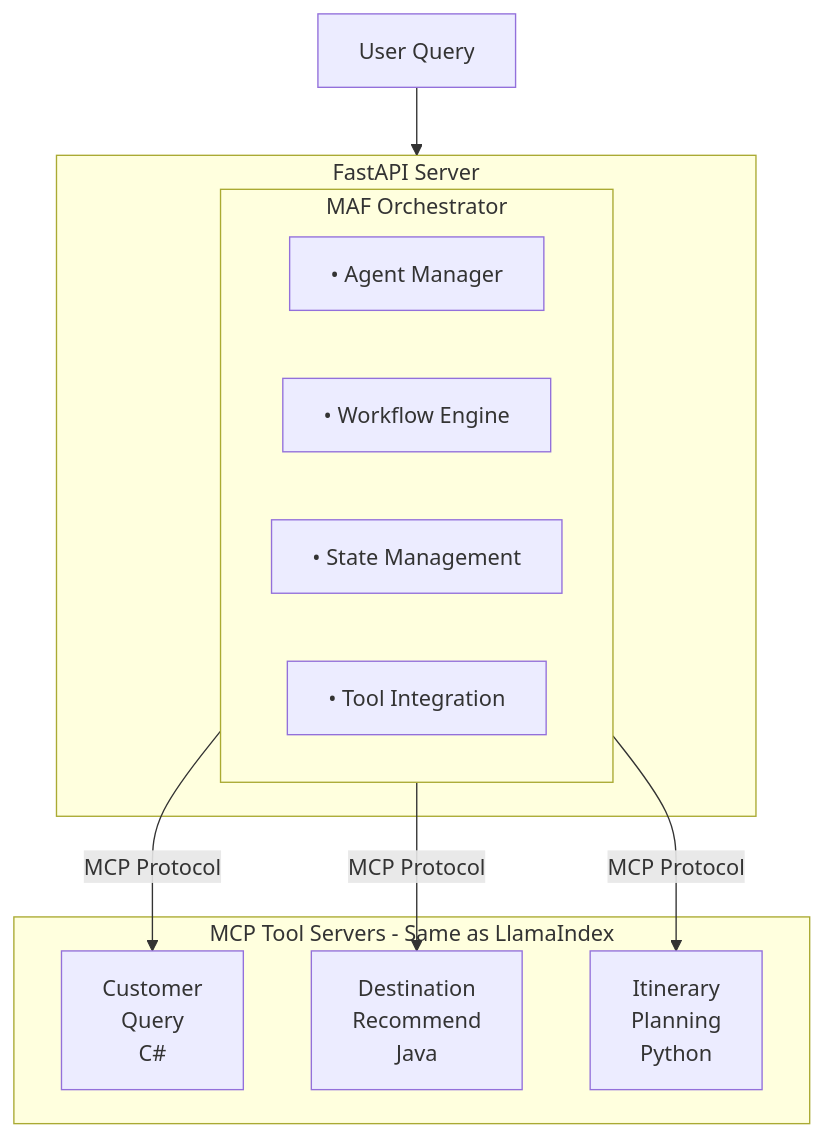
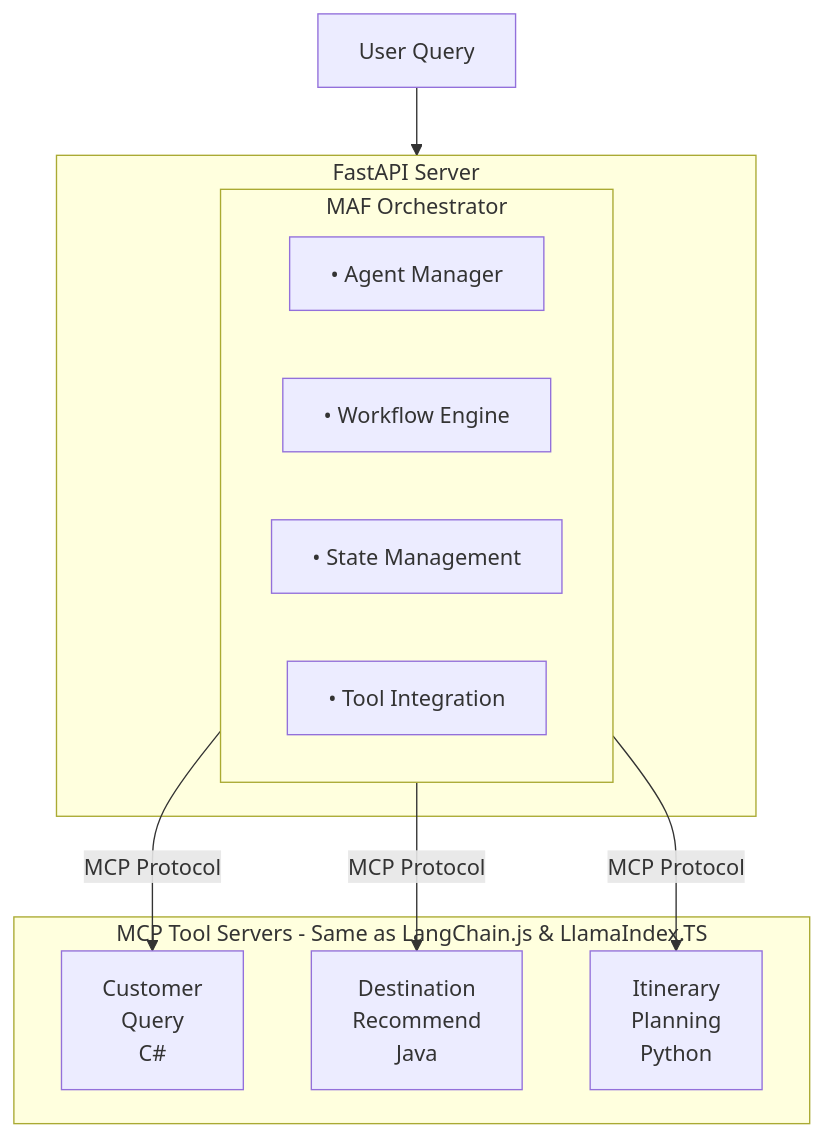
Before and after one commit to Azure-Samples/azure-ai-travel-agents: the third of 4 diagrams in docs/orchestration.md, drawn with Mermaid. The commit also changed other lines of this file and 7 other files, not shown here.

````diff
--- a/docs/orchestration.md
+++ b/docs/orchestration.md
@@ -88,24 +156,24 @@
 ```mermaid
 flowchart TB
     UQ[User Query]
     
     subgraph API[FastAPI Server]
         subgraph ORCH[MAF Orchestrator]
             AM[• Agent Manager]
             WE[• Workflow Engine]
             SM[• State Management]
             TI[• Tool Integration]
         end
     end
     
-    subgraph MCP[MCP Tool Servers - Same as LlamaIndex]
+    subgraph MCP[MCP Tool Servers - Same as LangChain.js & LlamaIndex.TS]
         CQ[Customer<br/>Query<br/>C#]
         DR[Destination<br/>Recommend<br/>Java]
         IP[Itinerary<br/>Planning<br/>Python]
     end
     
     UQ --> API
     ORCH -->|MCP Protocol| CQ
     ORCH -->|MCP Protocol| DR
     ORCH -->|MCP Protocol| IP
 ```
````
